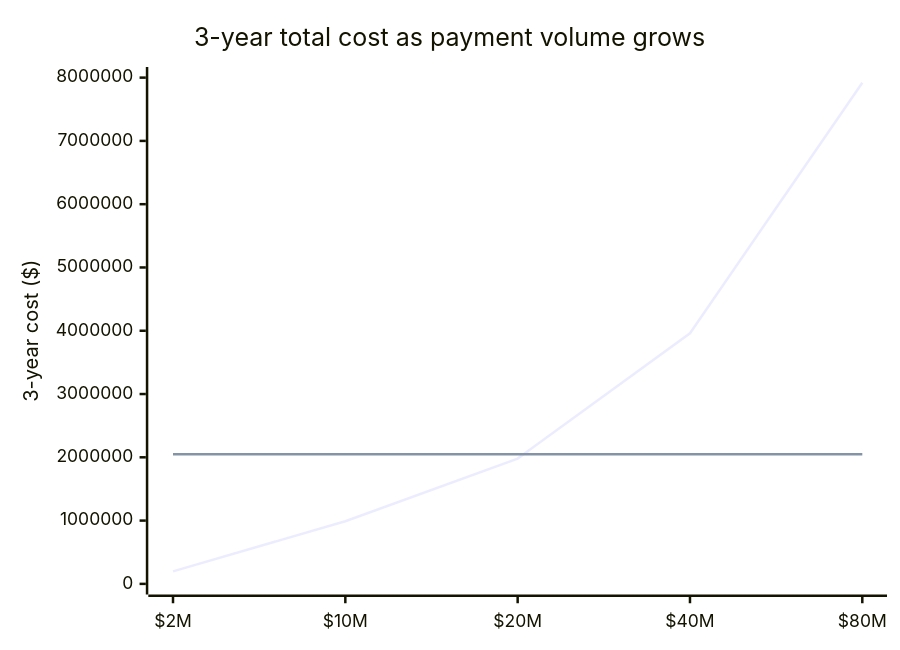
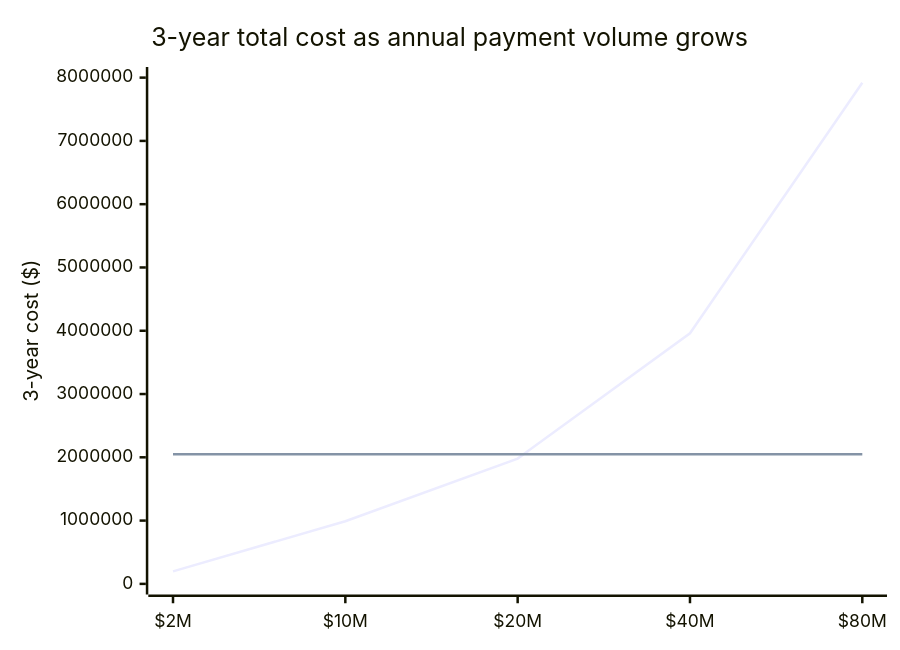
One commit to francoandreDev/knowledge changed the second of 2 diagrams in src/content/architecture/build-vs-buy/L2-concept.mdx. Above: the diagram before and after it, drawn with Mermaid. The commit also changed other lines of this file and 17 other files, not shown here.

Commit message:
Migrate architecture batch 2 (hexagonal-clean-architecture, event-driven-architecture, build-vs-buy, adr-governance) to the three-tier exercise model

````diff
--- a/src/content/architecture/build-vs-buy/L2-concept.mdx
+++ b/src/content/architecture/build-vs-buy/L2-concept.mdx
@@ -67,8 +95,8 @@
 ```mermaid
 xychart-beta
-    title "3-year total cost as payment volume grows"
+    title "3-year total cost as annual payment volume grows"
     x-axis ["$2M", "$10M", "$20M", "$40M", "$80M"]
     y-axis "3-year cost ($)" 0 --> 8000000
     line [198000, 990000, 1980000, 3960000, 7920000]
     line [2050000, 2050000, 2050000, 2050000, 2050000]
 ```
````
